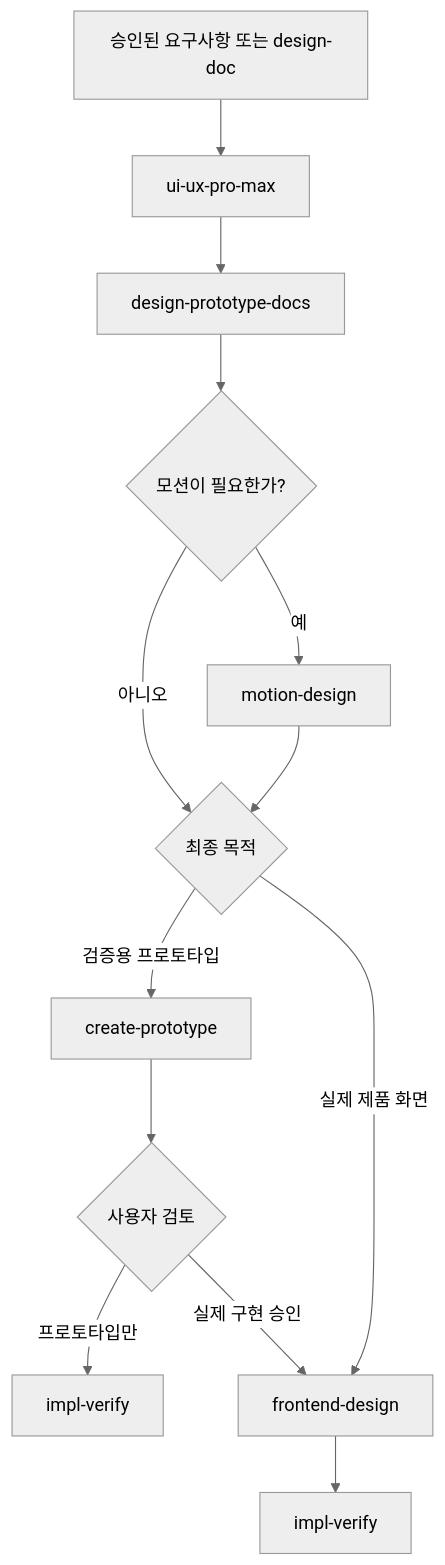
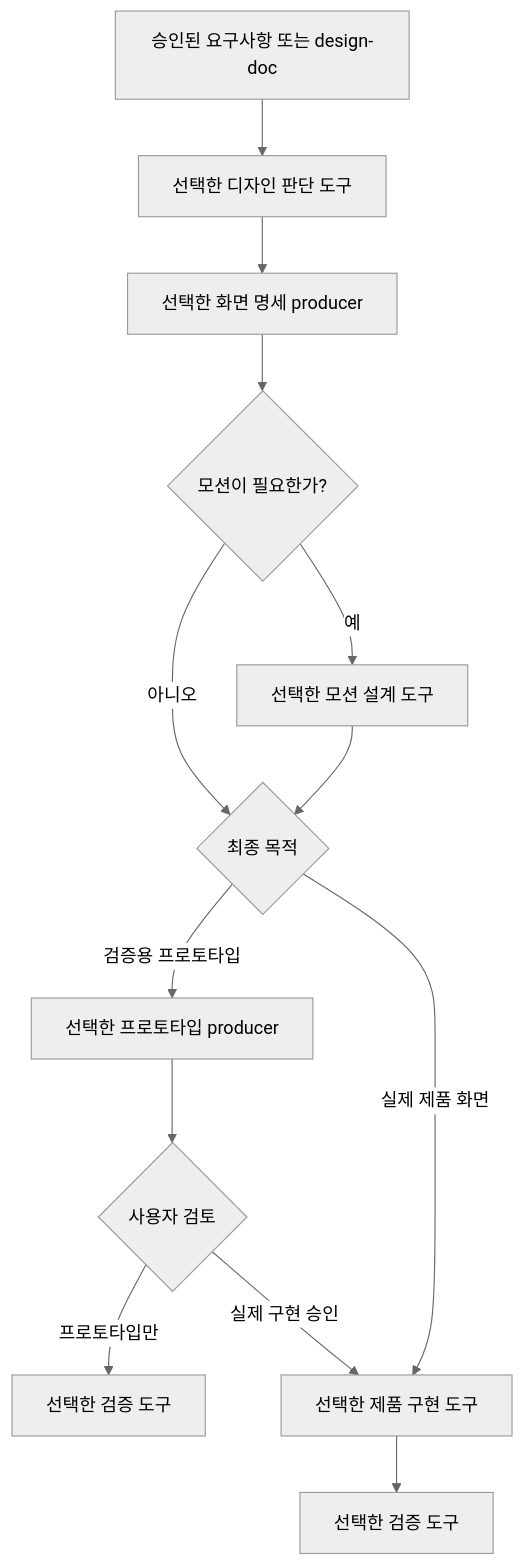
One commit to hb9397/ai-agent-harness-docs changed the second of 2 diagrams in .user-docs/Harness_Engineering.md. Above: the diagram before and after it, drawn with Mermaid (neutral theme). The commit also changed other lines of this file and 114 other files, not shown here.

````diff
--- a/.user-docs/Harness_Engineering.md
+++ b/.user-docs/Harness_Engineering.md
@@ -480,15 +490,15 @@
 ```mermaid
 flowchart TD
-    R["승인된 요구사항 또는 design-doc"] --> U["ui-ux-pro-max"]
-    U --> S["design-prototype-docs"]
+    R["승인된 요구사항 또는 design-doc"] --> U["선택한 디자인 판단 도구"]
+    U --> S["선택한 화면 명세 producer"]
     S --> M{"모션이 필요한가?"}
-    M -->|"예"| MD["motion-design"]
+    M -->|"예"| MD["선택한 모션 설계 도구"]
     M -->|"아니오"| B{"최종 목적"}
     MD --> B
-    B -->|"검증용 프로토타입"| P["create-prototype"]
+    B -->|"검증용 프로토타입"| P["선택한 프로토타입 producer"]
     P --> A{"사용자 검토"}
-    A -->|"프로토타입만"| PV["impl-verify"]
-    A -->|"실제 구현 승인"| F["frontend-design"]
+    A -->|"프로토타입만"| PV["선택한 검증 도구"]
+    A -->|"실제 구현 승인"| F["선택한 제품 구현 도구"]
     B -->|"실제 제품 화면"| F
-    F --> V["impl-verify"]
+    F --> V["선택한 검증 도구"]
 ```
````
